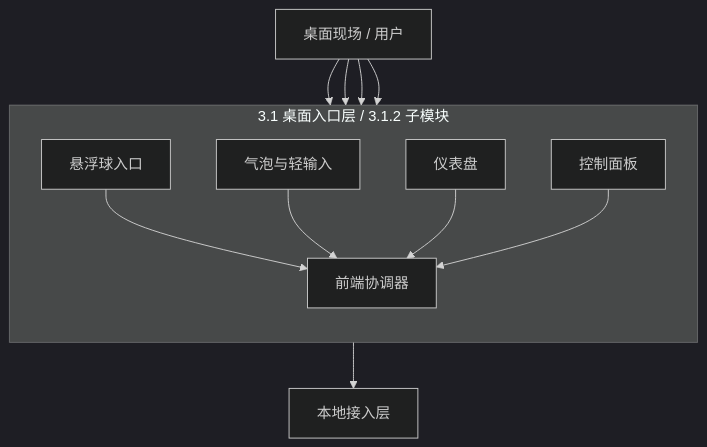
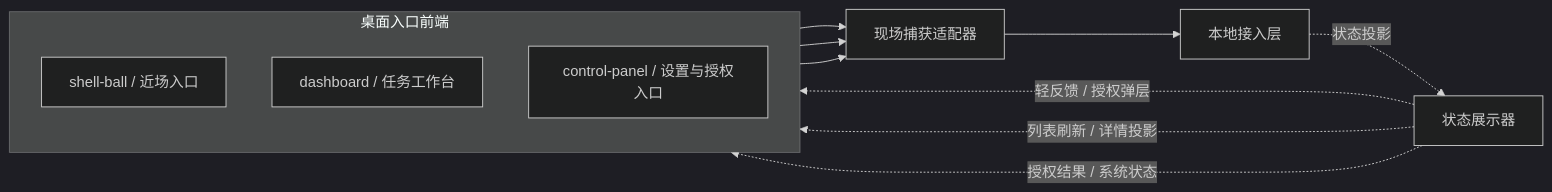
The third of 20 diagrams in docs/architecture-overview.md (Blackcloudss/CialloClaw), drawn with Mermaid (dark theme) before and after one commit. The commit also changed other lines of this file, not shown here.

Commit message:
Update architecture design document

````diff
--- a/docs/architecture-overview.md
+++ b/docs/architecture-overview.md
@@ -122,25 +307,22 @@
 ```mermaid
-flowchart TB
-    PREV[桌面现场 / 用户]
-
-    subgraph InputLayer[3.1 桌面入口层 / 3.1.2 子模块]
+flowchart LR
+    subgraph Entry[桌面入口前端]
         direction TB
-        BALL[悬浮球入口]
-        BUBBLE[气泡与轻输入]
-        DASH[仪表盘]
-        PANEL[控制面板]
-        COORD[前端协调器]
+        E1[shell-ball / 近场入口]
+        E2[dashboard / 任务工作台]
+        E3[control-panel / 设置与授权入口]
     end
 
-    NEXT[本地接入层]
+    E4[现场捕获适配器]
+    E5[状态展示器]
+    A1[本地接入层]
 
-    PREV --> BALL
-    PREV --> BUBBLE
-    PREV --> DASH
-    PREV --> PANEL
-    BALL --> COORD
-    BUBBLE --> COORD
-    DASH --> COORD
-    PANEL --> COORD
-    COORD --> NEXT
+    E1 --> E4
+    E2 --> E4
+    E3 --> E4
+    E4 --> A1
+    A1 -. 状态投影 .-> E5
+    E5 -. 轻反馈 / 授权弹层 .-> E1
+    E5 -. 列表刷新 / 详情投影 .-> E2
+    E5 -. 授权结果 / 系统状态 .-> E3
 ```
````
